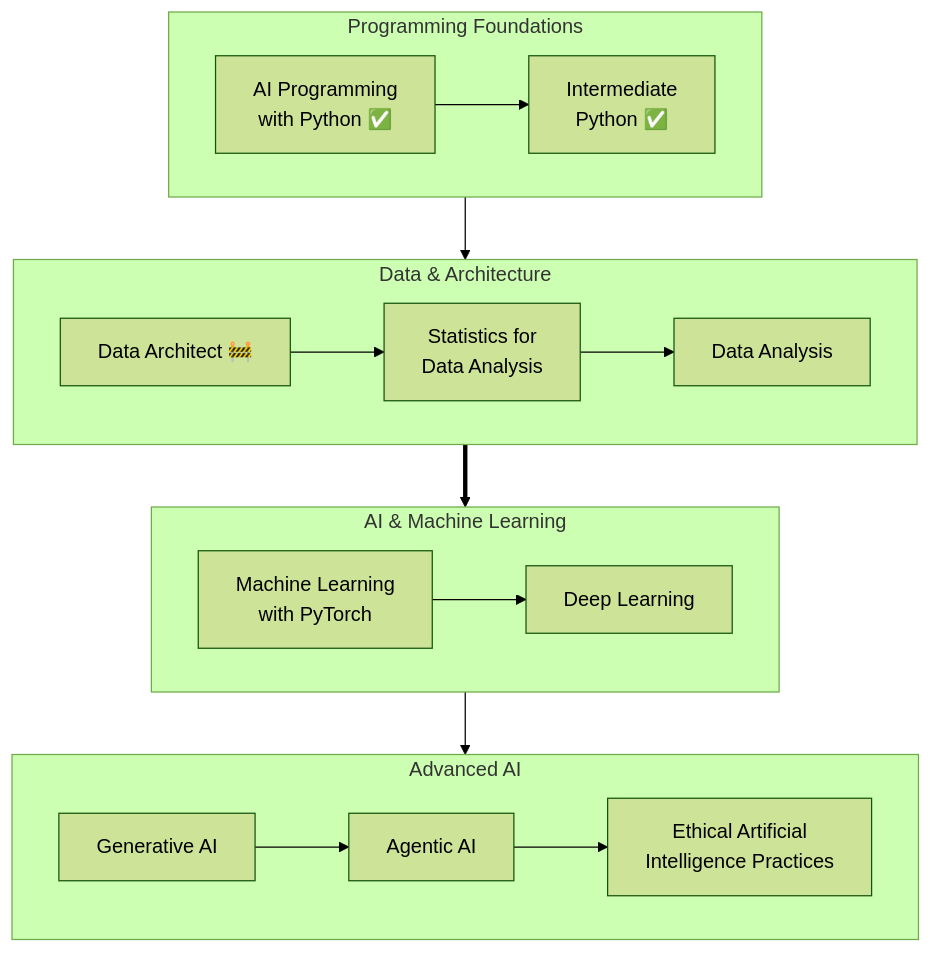
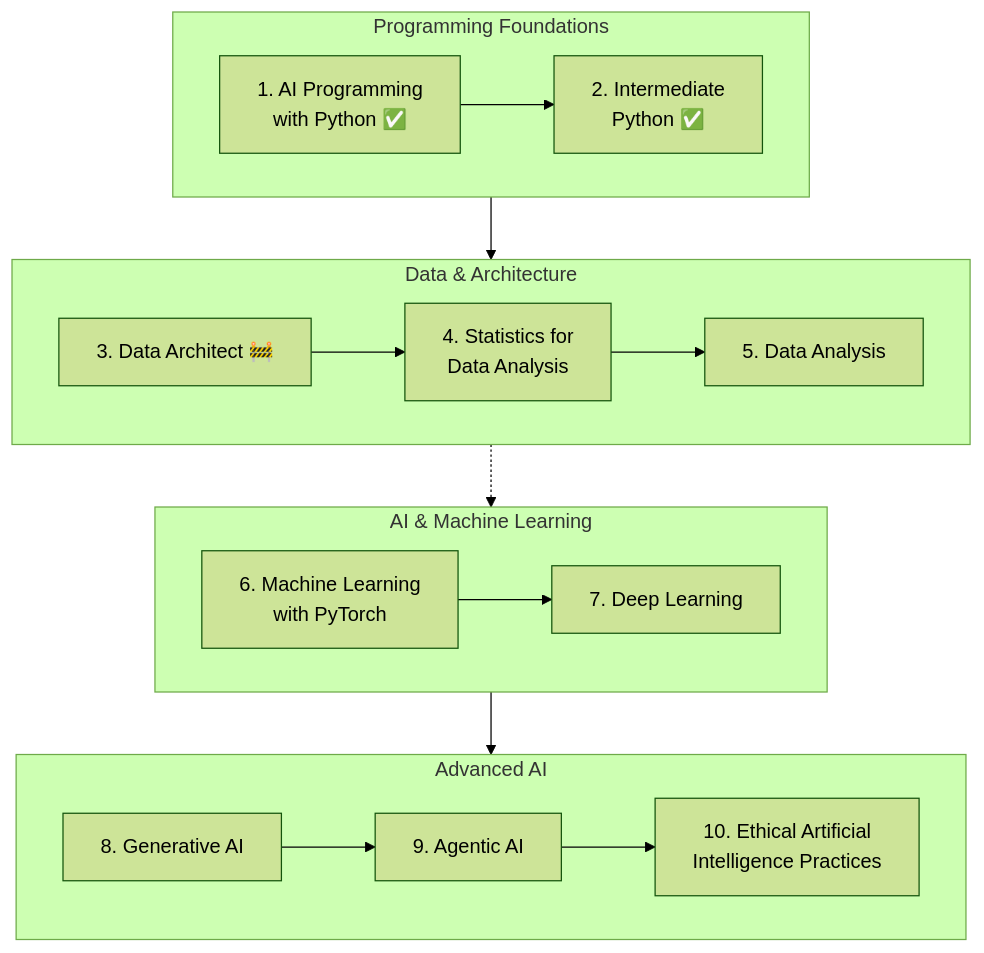
One commit to SwimLane2/udacity-ai-masters changed the diagram in README.md. Above: the diagram before and after it, drawn with Mermaid (forest theme).

````diff
--- a/README.md
+++ b/README.md
@@ -40,56 +40,50 @@
 ```mermaid
 flowchart TB
 
-    %% Top Row
+ subgraph subGraph0["Programming Foundations"]
+        A["1. AI Programming
+with Python ✅"]
 
-    subgraph "Programming Foundations"
-        direction LR
-        A["AI Programming
-with Python ✅"]
-        B["Intermediate
+        B["2. Intermediate
 Python ✅"]
-        A --> B
-    end
+ end
 
-    subgraph "Data & Architecture"
-        direction LR
-        C["Data Architect 🚧"]
-        D["Statistics for
+ subgraph subGraph1["Data & Architecture"]
+        C["3. Data Architect 🚧"]
+
+        D["4. Statistics for
 Data Analysis"]
-        E["Data Analysis"]
 
-        C --> D --> E
-    end
+        E["5. Data Analysis"]
+ end
 
-    B --> C
-
-    %% Second Row
-
-    subgraph "AI & Machine Learning"
-        direction LR
-        F["Machine Learning
+ subgraph subGraph2["AI & Machine Learning"]
+        F["6. Machine Learning
 with PyTorch"]
 
-        G["Deep Learning"]
+        G["7. Deep Learning"]
+ end
 
-        F --> G
-    end
+ subgraph subGraph3["Advanced AI"]
+        H["8. Generative AI"]
 
-    subgraph "Advanced AI"
-        direction LR
-        H["Generative AI"]
+        I["9. Agentic AI"]
 
-        I["Agentic AI"]
+        J["10. Ethical Artificial
+Intelligence Practices"]
+ end
 
-        J["Ethical Artificial
-Intelligence Practices"]
+    A --> B
 
-        H --> I --> J
-    end
+    C --> D
+    D --> E
 
-    %% Curved transition downward
+    F --> G
 
-    E ==> F
+    H --> I
+    I --> J
 
-    G --> H
+    subGraph0 --> subGraph1
+    subGraph1 -.-> subGraph2
+    subGraph2 --> subGraph3
 ```
````
